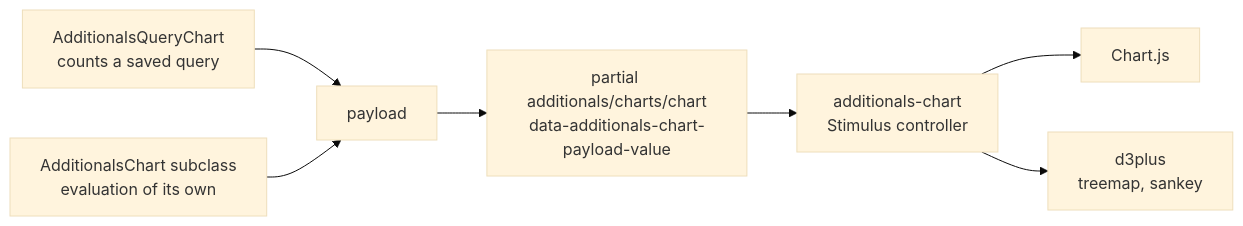
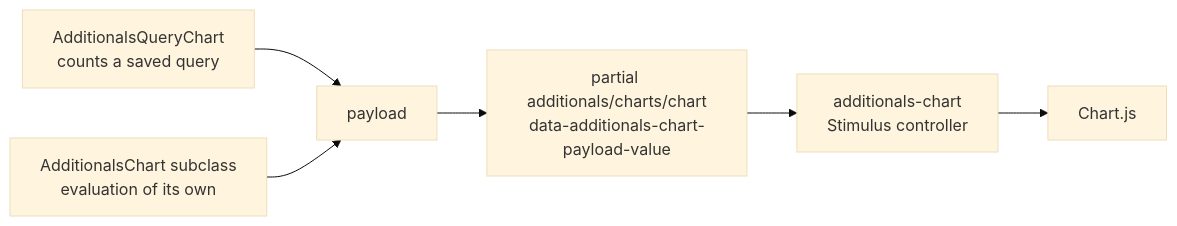
One commit to alphanodes/additionals changed the diagram in docs/charts.md. Above: the diagram before and after it, drawn with Mermaid (base theme). The commit also changed other lines of this file and 15 other files, not shown here.

Commit message:
Draw treemap and sankey with Chart.js plugins and remove d3plus

````diff
--- a/docs/charts.md
+++ b/docs/charts.md
@@ -5,9 +5,8 @@
 ```mermaid
 flowchart LR
     Q[AdditionalsQueryChart<br/>counts a saved query] --> P[payload]
     C[AdditionalsChart subclass<br/>evaluation of its own] --> P
     P --> V["partial additionals/charts/chart<br/>data-additionals-chart-payload-value"]
     V --> S[additionals-chart<br/>Stimulus controller]
     S --> CJ[Chart.js]
-    S --> D3[d3plus<br/>treemap, sankey]
 ```
````
